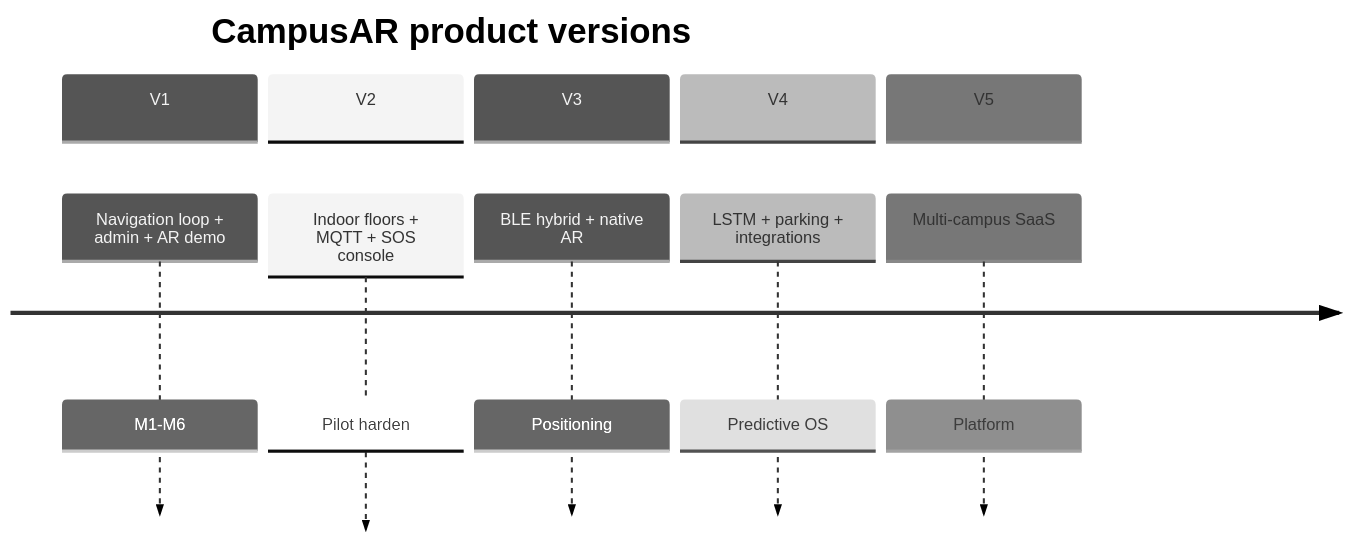
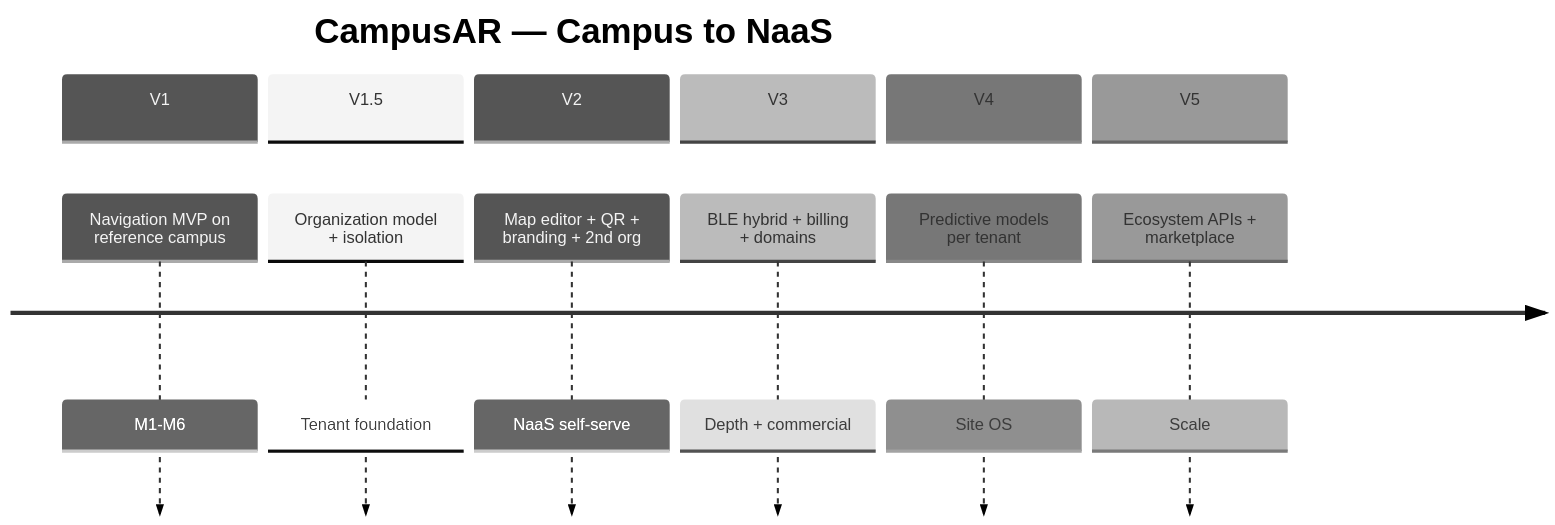
Before and after one commit to PraveenKumarM17/CampusAR: the diagram in docs/product/roadmap.md, drawn with Mermaid (neutral theme). The commit also changed other lines of this file and 52 other files, not shown here.

First line of the commit message:
Add guest-first admin map editor with GPS pinning and bendable routes

````diff
--- a/docs/product/roadmap.md
+++ b/docs/product/roadmap.md
@@ -93,14 +142,16 @@
 ```mermaid
 timeline
-  title CampusAR product versions
+  title CampusAR — Campus to NaaS
   section V1
-    Navigation loop + admin + AR demo : M1-M6
+    Navigation MVP on reference campus : M1-M6
+  section V1.5
+    Organization model + isolation : Tenant foundation
   section V2
-    Indoor floors + MQTT + SOS console : Pilot harden
+    Map editor + QR + branding + 2nd org : NaaS self-serve
   section V3
-    BLE hybrid + native AR : Positioning
+    BLE hybrid + billing + domains : Depth + commercial
   section V4
-    LSTM + parking + integrations : Predictive OS
+    Predictive models per tenant : Site OS
   section V5
-    Multi-campus SaaS : Platform
+    Ecosystem APIs + marketplace : Scale
 ```
````
